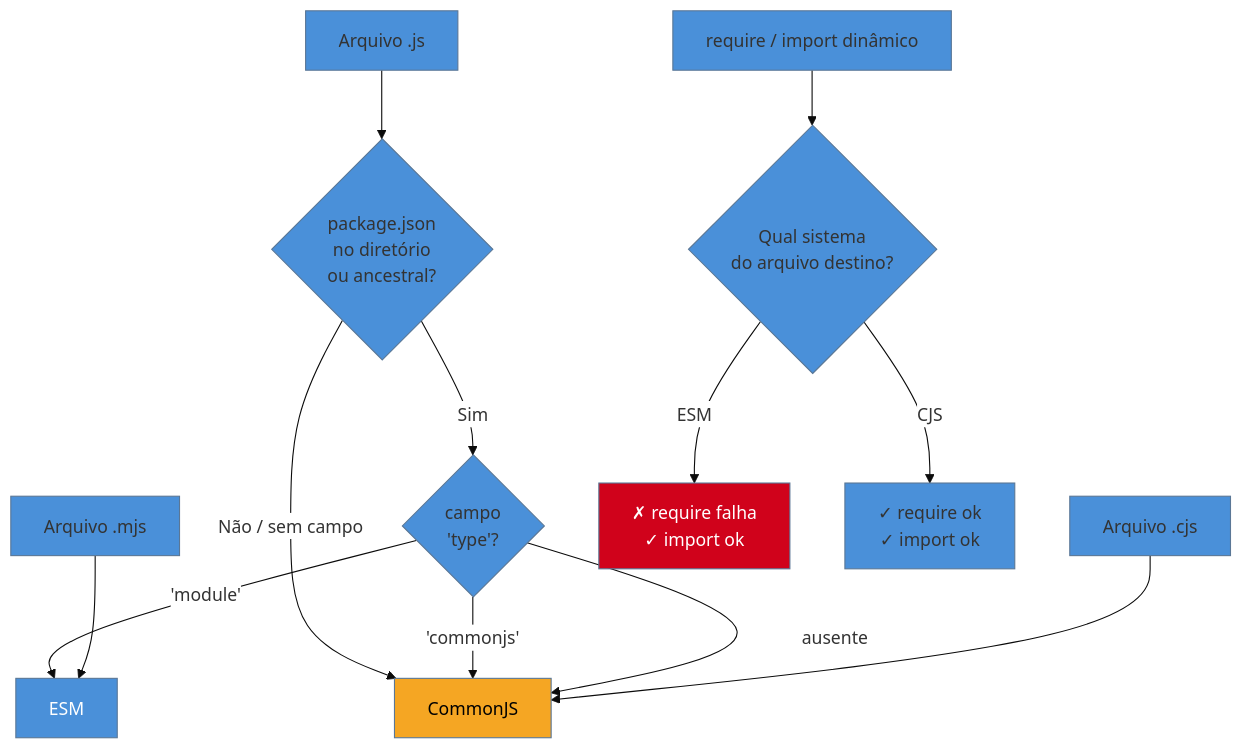
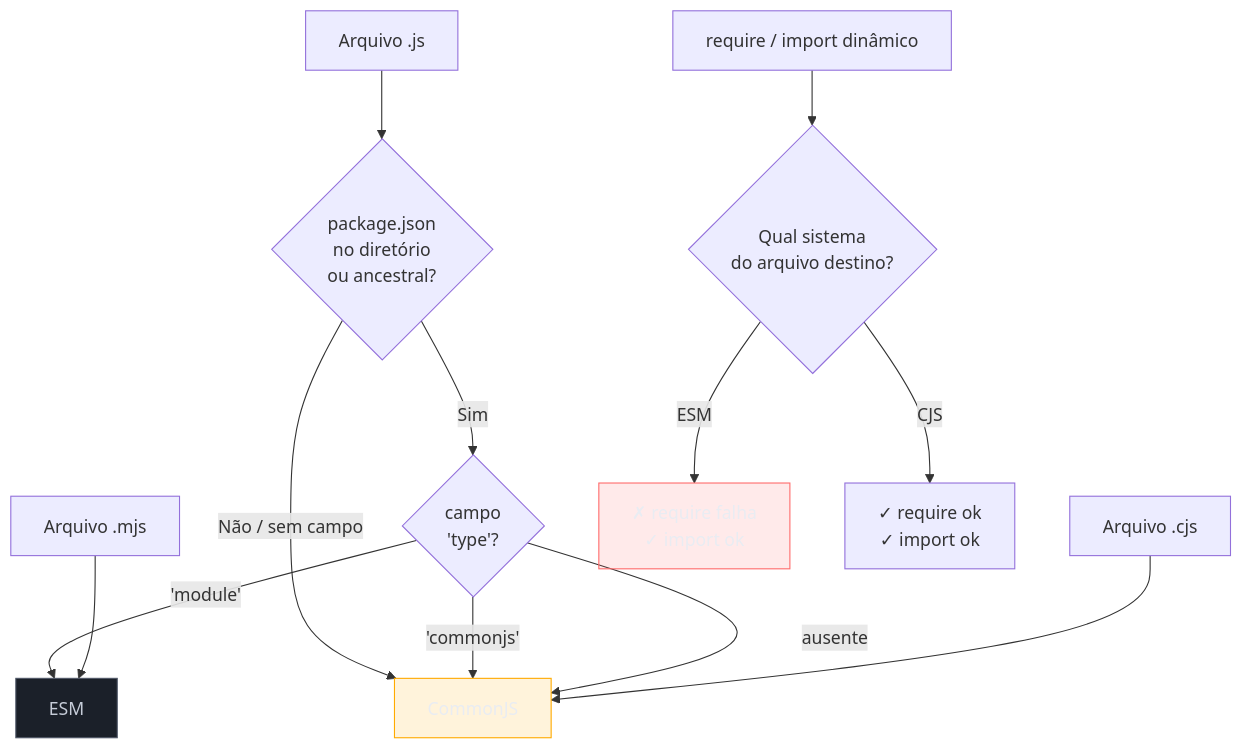
One commit to josenaldo/codex-technomanticus changed the diagram in 03-Dominios/Tecnologia/Node/Runtime e Event Loop/14 - ESM vs CommonJS.md. Above: the diagram before and after it, drawn with Mermaid. The commit also changed 1181 other files, not shown here.

First line of the commit message:
fix(diagramas): paleta do sistema no lugar de cor cravada no markdown

````diff
--- a/03-Dominios/Tecnologia/Node/Runtime e Event Loop/14 - ESM vs CommonJS.md
+++ b/03-Dominios/Tecnologia/Node/Runtime e Event Loop/14 - ESM vs CommonJS.md
@@ -89,19 +89,21 @@
 ```mermaid
-%%{init: {"theme": "base", "themeVariables": {"primaryColor": "#4A90D9", "edgeLabelBackground": "#ffffff"}}}%%
 flowchart TD
+    classDef neutro fill:#1B2029,stroke:#4E5666,color:#C6CCD8
+    classDef destaque fill:#FFAA0024,stroke:#FFAA00,color:#E9ECF2
+    classDef falha fill:#FF6B6B24,stroke:#FF6B6B,color:#E9ECF2
     A[Arquivo .js] --> B{package.json\nno diretório\nou ancestral?}
     B -->|Sim| C{campo\n'type'?}
     B -->|Não / sem campo| D[CommonJS]
     C -->|'module'| E[ESM]
     C -->|'commonjs'| D
     C -->|ausente| D
     F[Arquivo .mjs] --> E
     G[Arquivo .cjs] --> D
     H[require / import dinâmico] --> I{Qual sistema\ndo arquivo destino?}
     I -->|ESM| J[✗ require falha\n✓ import ok]
     I -->|CJS| K[✓ require ok\n✓ import ok]
 
-    style E fill:#4A90D9,color:#fff
-    style D fill:#F5A623,color:#000
-    style J fill:#D0021B,color:#fff
+    class E neutro
+    class D destaque
+    class J falha
 ```
````
